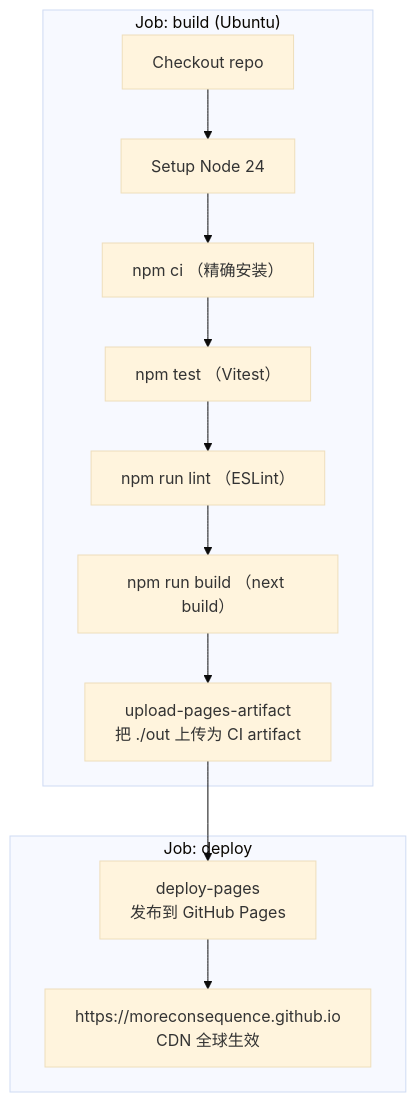
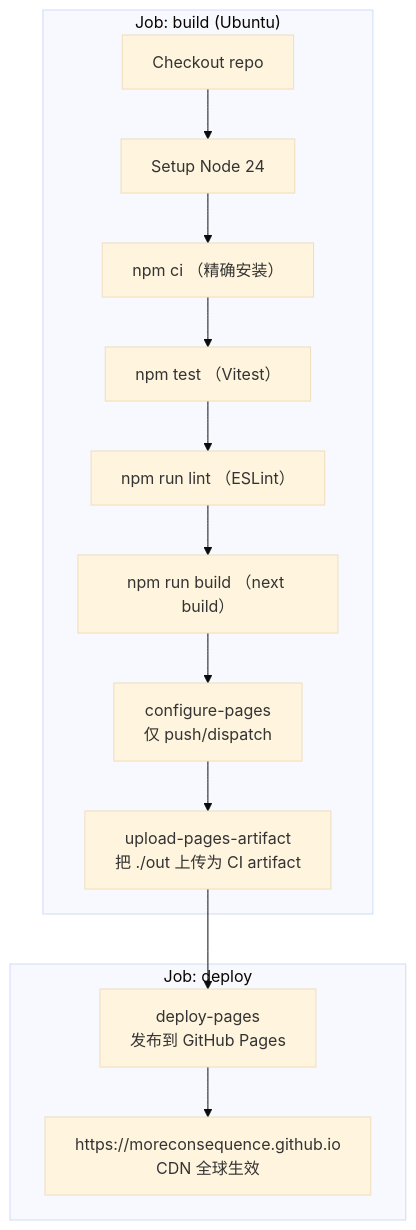
Before and after one commit to MoreConsequence/MoreConsequence.github.io: the sixth of 7 diagrams in content/posts/inside-my-markdown-blog-architecture.md, drawn with Mermaid (base theme). The commit also changed other lines of this file and 263 other files, not shown here.

````diff
--- a/content/posts/inside-my-markdown-blog-architecture.md
+++ b/content/posts/inside-my-markdown-blog-architecture.md
@@ -375,16 +376,17 @@
 ```mermaid
 flowchart TB
     subgraph Job1["Job: build (Ubuntu)"]
         C1["Checkout repo"] --> C2["Setup Node 24"]
         C2 --> C3["npm ci （精确安装）"]
         C3 --> C4["npm test （Vitest）"]
         C4 --> C5["npm run lint （ESLint）"]
         C5 --> C6["npm run build （next build）"]
-        C6 --> C7["upload-pages-artifact<br/>把 ./out 上传为 CI artifact"]
+        C6 --> C7["configure-pages<br/>仅 push/dispatch"]
+        C7 --> C8["upload-pages-artifact<br/>把 ./out 上传为 CI artifact"]
     end
 
     subgraph Job2["Job: deploy"]
-        C7 --> D1["deploy-pages<br/>发布到 GitHub Pages"]
+        C8 --> D1["deploy-pages<br/>发布到 GitHub Pages"]
         D1 --> D2["https://moreconsequence.github.io<br/>CDN 全球生效"]
     end
 ```
````
